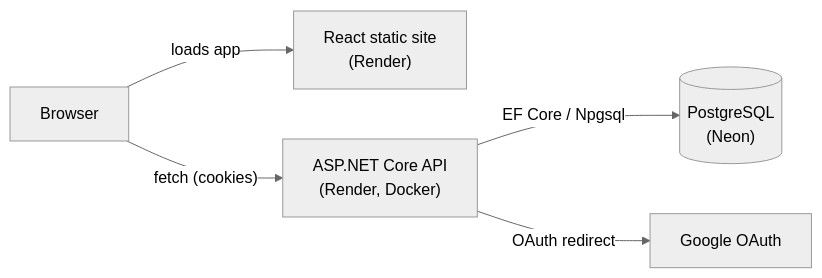
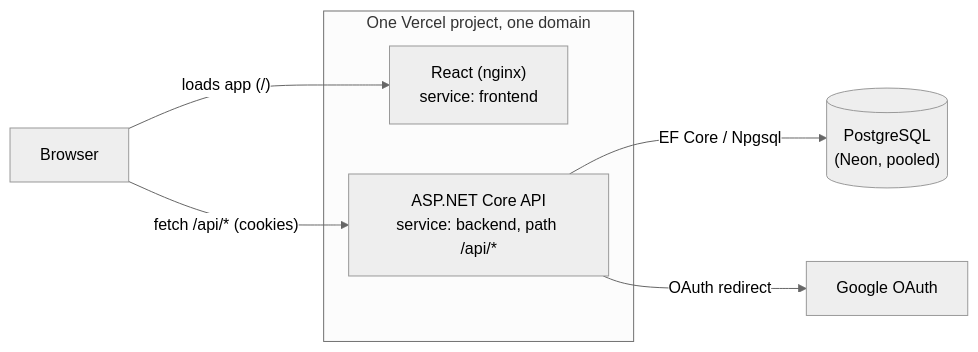
Before and after one commit to alexmekhail/ShepherdMeet: the diagram in README.md, drawn with Mermaid (neutral theme). The commit also changed other lines of this file, not shown here.

First line of the commit message:
Rewrite README for Vercel hosting

````diff
--- a/README.md
+++ b/README.md
@@ -39,13 +41,15 @@
 ```mermaid
 flowchart LR
     Browser["Browser"]
-    FE["React static site\n(Render)"]
-    API["ASP.NET Core API\n(Render, Docker)"]
-    DB[("PostgreSQL\n(Neon)")]
+    subgraph Vercel["One Vercel project, one domain"]
+        FE["React (nginx)\nservice: frontend"]
+        API["ASP.NET Core API\nservice: backend, path /api/*"]
+    end
+    DB[("PostgreSQL\n(Neon, pooled)")]
     Google["Google OAuth"]
 
-    Browser -- "loads app" --> FE
-    Browser -- "fetch (cookies)" --> API
+    Browser -- "loads app (/)" --> FE
+    Browser -- "fetch /api/* (cookies)" --> API
     API -- "EF Core / Npgsql" --> DB
     API -- "OAuth redirect" --> Google
 ```
````
